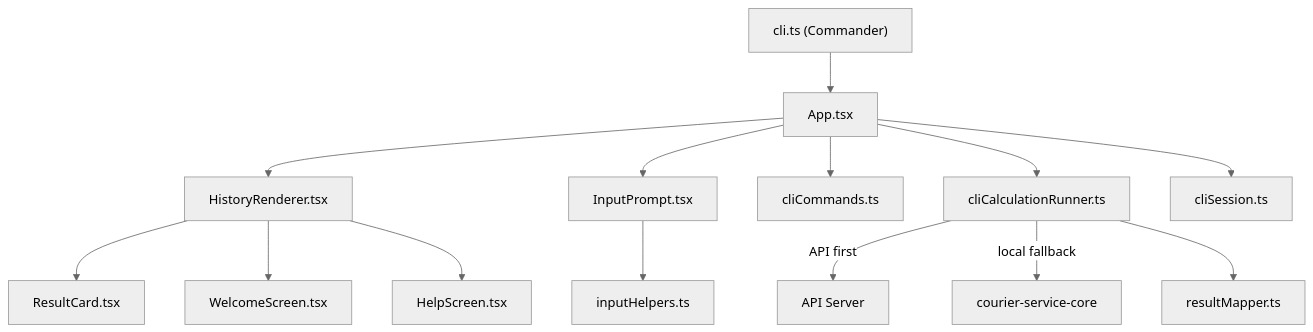
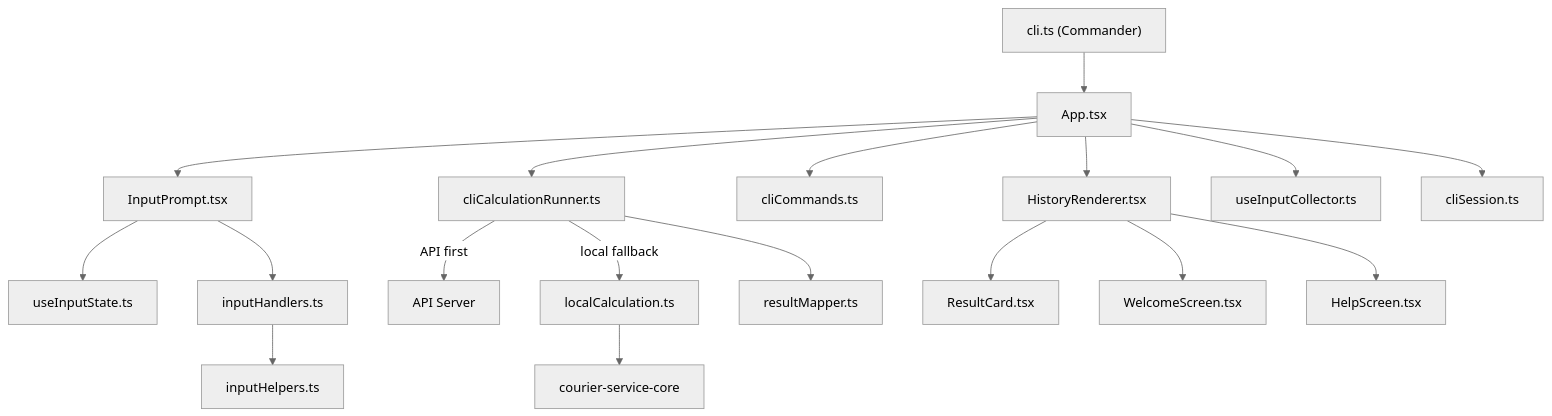
Before and after one commit to nurulizyansyaza/courier-service-cli: the diagram in README.md, drawn with Mermaid (neutral theme). The commit also changed other lines of this file and 10 other files, not shown here.

````diff
--- a/README.md
+++ b/README.md
@@ -151,16 +159,20 @@
 ```mermaid
 graph TD
     CLI["cli.ts (Commander)"] --> App["App.tsx"]
     App --> History["HistoryRenderer.tsx"]
     App --> Prompt["InputPrompt.tsx"]
     App --> Commands["cliCommands.ts"]
     App --> Runner["cliCalculationRunner.ts"]
+    App --> Collector["useInputCollector.ts"]
+    Prompt --> InputState["useInputState.ts"]
+    Prompt --> Handlers["inputHandlers.ts"]
     Runner -->|"API first"| API["API Server"]
-    Runner -->|"local fallback"| Core["courier-service-core"]
+    Runner -->|"local fallback"| Local["localCalculation.ts"]
+    Local --> Core["courier-service-core"]
     Runner --> Mapper["resultMapper.ts"]
-    Prompt --> Helpers["inputHelpers.ts"]
+    Handlers --> Helpers["inputHelpers.ts"]
     History --> ResultCard["ResultCard.tsx"]
     History --> Welcome["WelcomeScreen.tsx"]
     History --> HelpScreen["HelpScreen.tsx"]
     App --> Session["cliSession.ts"]
 ```
````
